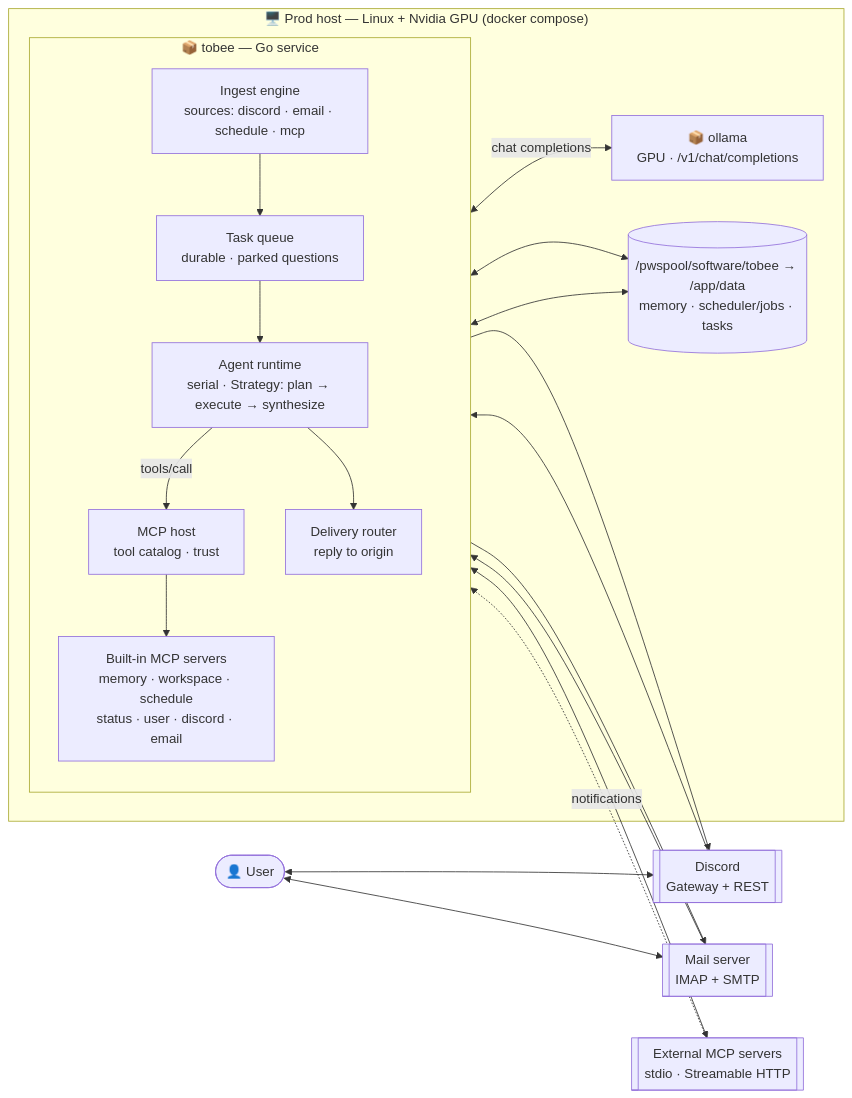
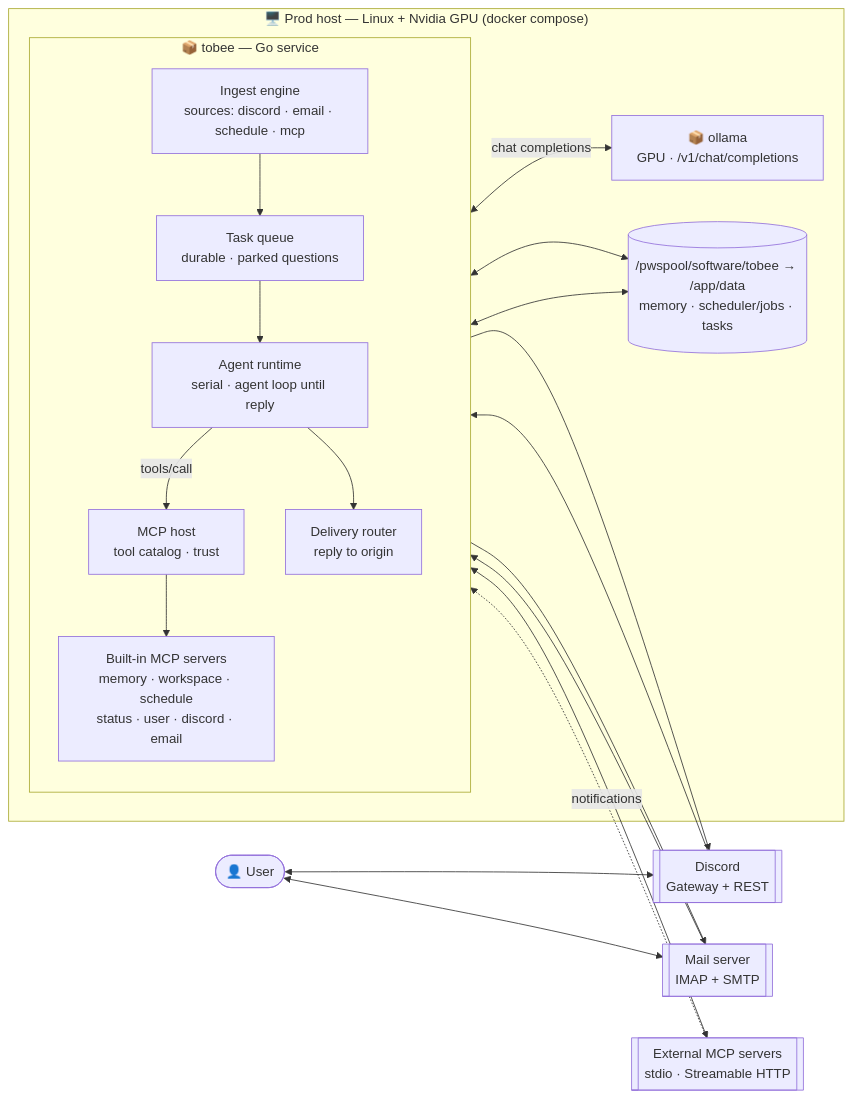
The diagram in README.md (runyanjake/tobee), drawn with Mermaid before and after one commit. The commit also changed other lines of this file and 34 other files, not shown here.

````diff
--- a/README.md
+++ b/README.md
@@ -17,37 +17,37 @@
 ```mermaid
 flowchart LR
     user(["👤 User"])
     discordAPI[["Discord<br/>Gateway + REST"]]
     mail[["Mail server<br/>IMAP + SMTP"]]
     extMCP[["External MCP servers<br/>stdio · Streamable HTTP"]]
 
     subgraph host["🖥️ Prod host — Linux + Nvidia GPU (docker compose)"]
         subgraph tobee["📦 tobee — Go service"]
             direction TB
             ingest["Ingest engine<br/>sources: discord · email · schedule · mcp"]
             queue["Task queue<br/>durable · parked questions"]
-            runtime["Agent runtime<br/>serial · Strategy: plan → execute → synthesize"]
+            runtime["Agent runtime<br/>serial · agent loop until reply"]
             mcphost["MCP host<br/>tool catalog · trust"]
             builtin["Built-in MCP servers<br/>memory · workspace · schedule<br/>status · user · discord · email"]
             delivery["Delivery router<br/>reply to origin"]
         end
         ollama["📦 ollama<br/>GPU · /v1/chat/completions"]
         data[("/pwspool/software/tobee → /app/data<br/>memory · scheduler/jobs · tasks")]
     end
 
     user <--> discordAPI
     user <--> mail
     discordAPI --> ingest
     mail --> ingest
     extMCP -. notifications .-> ingest
     ingest --> queue --> runtime
     runtime <-->|chat completions| ollama
     runtime -->|tools/call| mcphost
     mcphost --> builtin
     mcphost <--> extMCP
     runtime --> delivery
     delivery --> discordAPI
     delivery --> mail
     builtin <--> data
     queue <--> data
 ```
````
